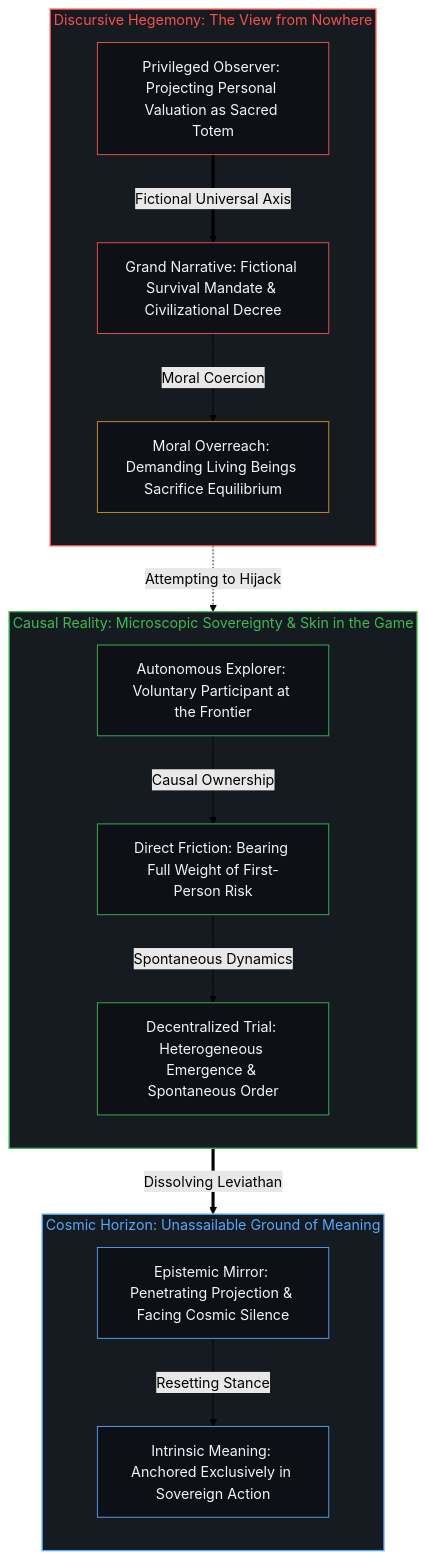
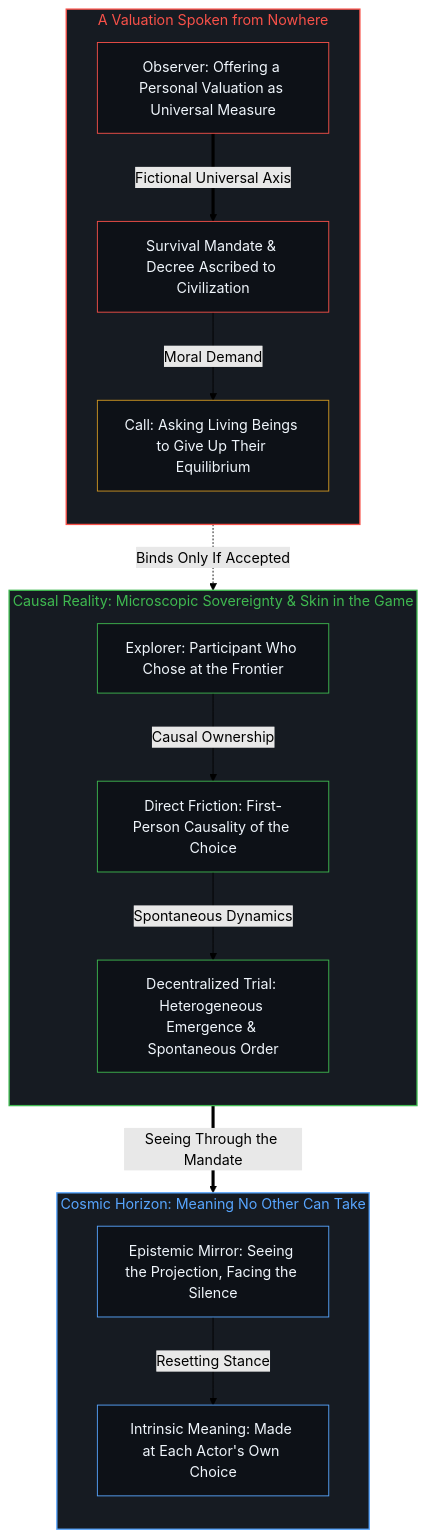
The sixth of 6 diagrams in content/posts/the-fermi-paradox-reified-agency-and-the-great-filter.md (powerpig99/not-a-toe), drawn with Mermaid (forest theme) before and after one commit. The commit also changed other lines of this file and 1 other file, not shown here.

````diff
--- a/content/posts/the-fermi-paradox-reified-agency-and-the-great-filter.md
+++ b/content/posts/the-fermi-paradox-reified-agency-and-the-great-filter.md
@@ -265,45 +265,45 @@
 ```mermaid
 flowchart TD
-    subgraph S_Hegemony ["Discursive Hegemony: The View from Nowhere"]
+    subgraph S_Hegemony ["A Valuation Spoken from Nowhere"]
         direction TB
-        VEC["Privileged Observer: Projecting Personal Valuation as Sacred Totem"]
-        TOTEM["Grand Narrative: Fictional Survival Mandate & Civilizational Decree"]
-        COERCION["Moral Overreach: Demanding Living Beings Sacrifice Equilibrium"]
+        VEC["Observer: Offering a Personal Valuation as Universal Measure"]
+        TOTEM["Survival Mandate & Decree Ascribed to Civilization"]
+        COERCION["Call: Asking Living Beings to Give Up Their Equilibrium"]
     end
 
     subgraph S_Micro ["Causal Reality: Microscopic Sovereignty & Skin in the Game"]
         direction TB
-        IND["Autonomous Explorer: Voluntary Participant at the Frontier"]
-        SKIN["Direct Friction: Bearing Full Weight of First-Person Risk"]
+        IND["Explorer: Participant Who Chose at the Frontier"]
+        SKIN["Direct Friction: First-Person Causality of the Choice"]
         EVO["Decentralized Trial: Heterogeneous Emergence & Spontaneous Order"]
     end
 
-    subgraph S_Horizon ["Cosmic Horizon: Unassailable Ground of Meaning"]
+    subgraph S_Horizon ["Cosmic Horizon: Meaning No Other Can Take"]
         direction TB
-        MIRROR["Epistemic Mirror: Penetrating Projection & Facing Cosmic Silence"]
-        MEANING["Intrinsic Meaning: Anchored Exclusively in Sovereign Action"]
+        MIRROR["Epistemic Mirror: Seeing the Projection, Facing the Silence"]
+        MEANING["Intrinsic Meaning: Made at Each Actor's Own Choice"]
     end
 
     VEC ==>|"Fictional Universal Axis"| TOTEM
-    TOTEM -->|"Moral Coercion"| COERCION
-    COERCION -.->|"Attempting to Hijack"| IND
+    TOTEM -->|"Moral Demand"| COERCION
+    COERCION -.->|"Binds Only If Accepted"| IND
 
     IND -->|"Causal Ownership"| SKIN
     SKIN -->|"Spontaneous Dynamics"| EVO
 
-    EVO ==>|"Dissolving Leviathan"| MIRROR
+    EVO ==>|"Seeing Through the Mandate"| MIRROR
     MIRROR -->|"Resetting Stance"| MEANING
 
     style S_Hegemony fill:#161b22,stroke:#f85149,stroke-width:1.5px,color:#f85149
     style S_Micro fill:#161b22,stroke:#3fb950,stroke-width:1.5px,color:#3fb950
     style S_Horizon fill:#161b22,stroke:#58a6ff,stroke-width:1.5px,color:#58a6ff
 
     style VEC fill:#0d1117,stroke:#f85149,stroke-width:1px,color:#f0f6fc
     style TOTEM fill:#0d1117,stroke:#f85149,stroke-width:1px,color:#f0f6fc
     style COERCION fill:#0d1117,stroke:#d29922,stroke-width:1px,color:#f0f6fc
     style IND fill:#0d1117,stroke:#3fb950,stroke-width:1px,color:#f0f6fc
     style SKIN fill:#0d1117,stroke:#3fb950,stroke-width:1px,color:#f0f6fc
     style EVO fill:#0d1117,stroke:#3fb950,stroke-width:1px,color:#f0f6fc
     style MIRROR fill:#0d1117,stroke:#58a6ff,stroke-width:1px,color:#f0f6fc
     style MEANING fill:#0d1117,stroke:#58a6ff,stroke-width:1px,color:#f0f6fc
 ```
````
